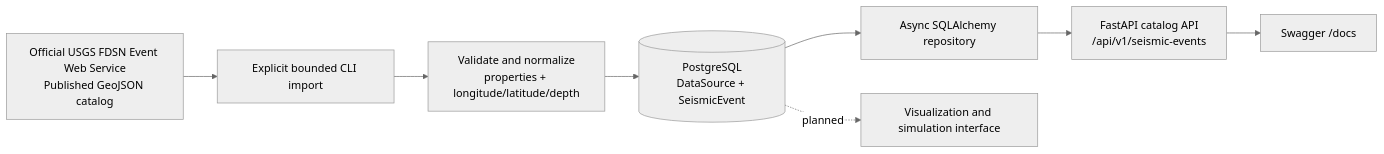
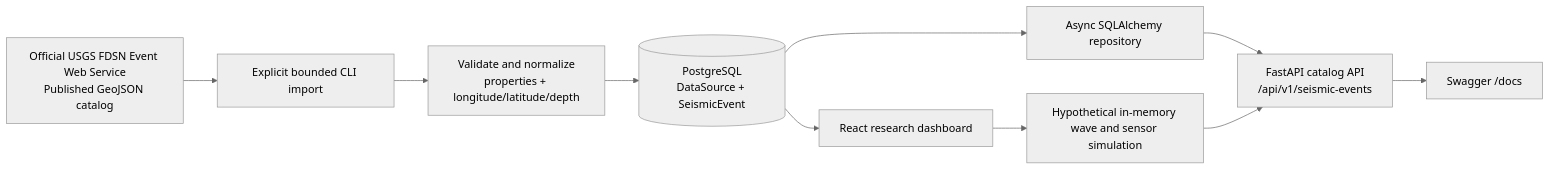
Before and after one commit to BaburSadiqi/ResQ: the diagram in README.md, drawn with Mermaid (neutral theme). The commit also changed other lines of this file and 11 other files, not shown here.

````diff
--- a/README.md
+++ b/README.md
@@ -56,10 +58,12 @@
 ```mermaid
 flowchart LR
     U[Official USGS FDSN Event Web Service<br/>Published GeoJSON catalog] --> C[Explicit bounded CLI import]
     C --> V[Validate and normalize<br/>properties + longitude/latitude/depth]
     V --> D[(PostgreSQL<br/>DataSource + SeismicEvent)]
     D --> R[Async SQLAlchemy repository]
     R --> A[FastAPI catalog API<br/>/api/v1/seismic-events]
     A --> S[Swagger /docs]
-    D -. planned .-> F[Visualization and simulation interface]
+    D --> F[React research dashboard]
+    F --> E[Hypothetical in-memory wave and sensor simulation]
+    E --> A
 ```
````
